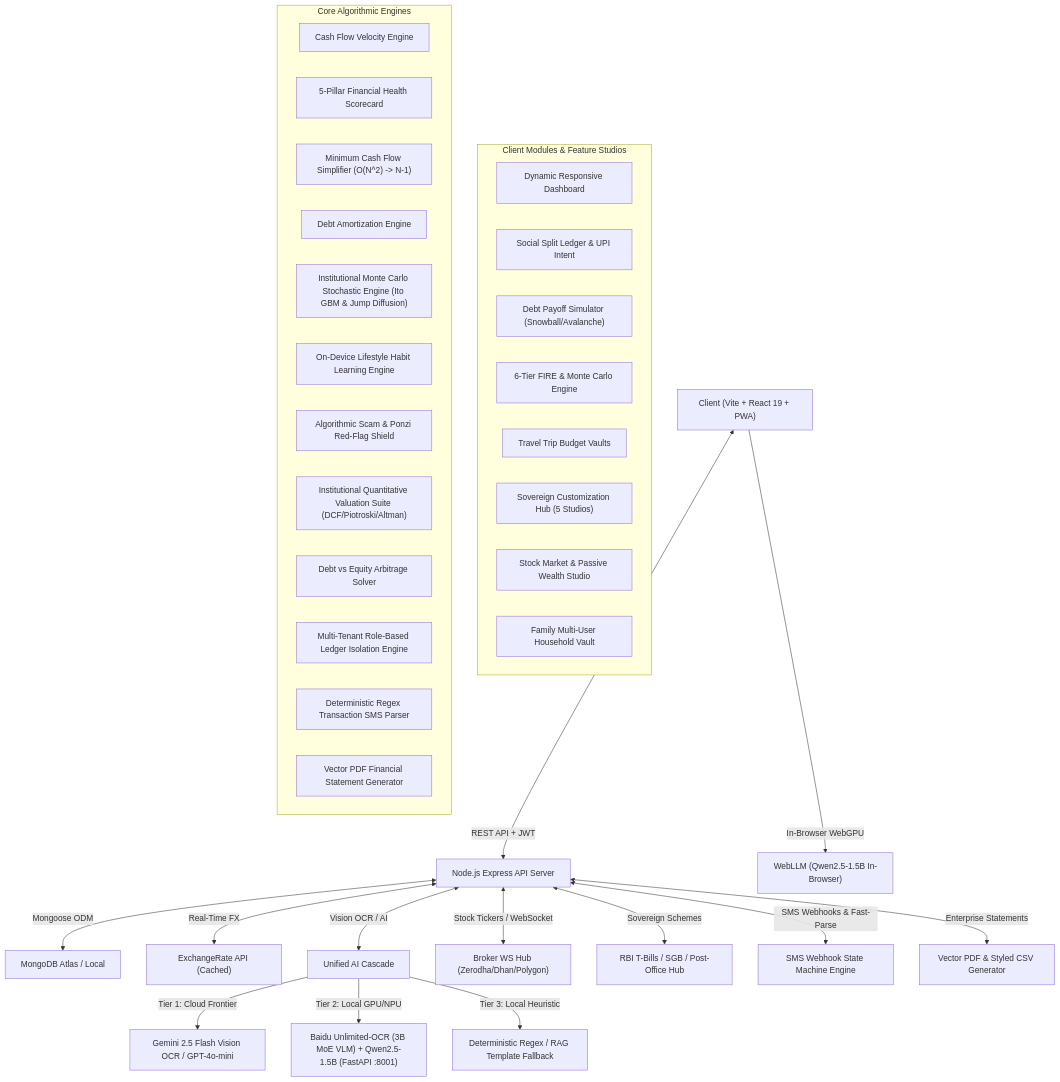
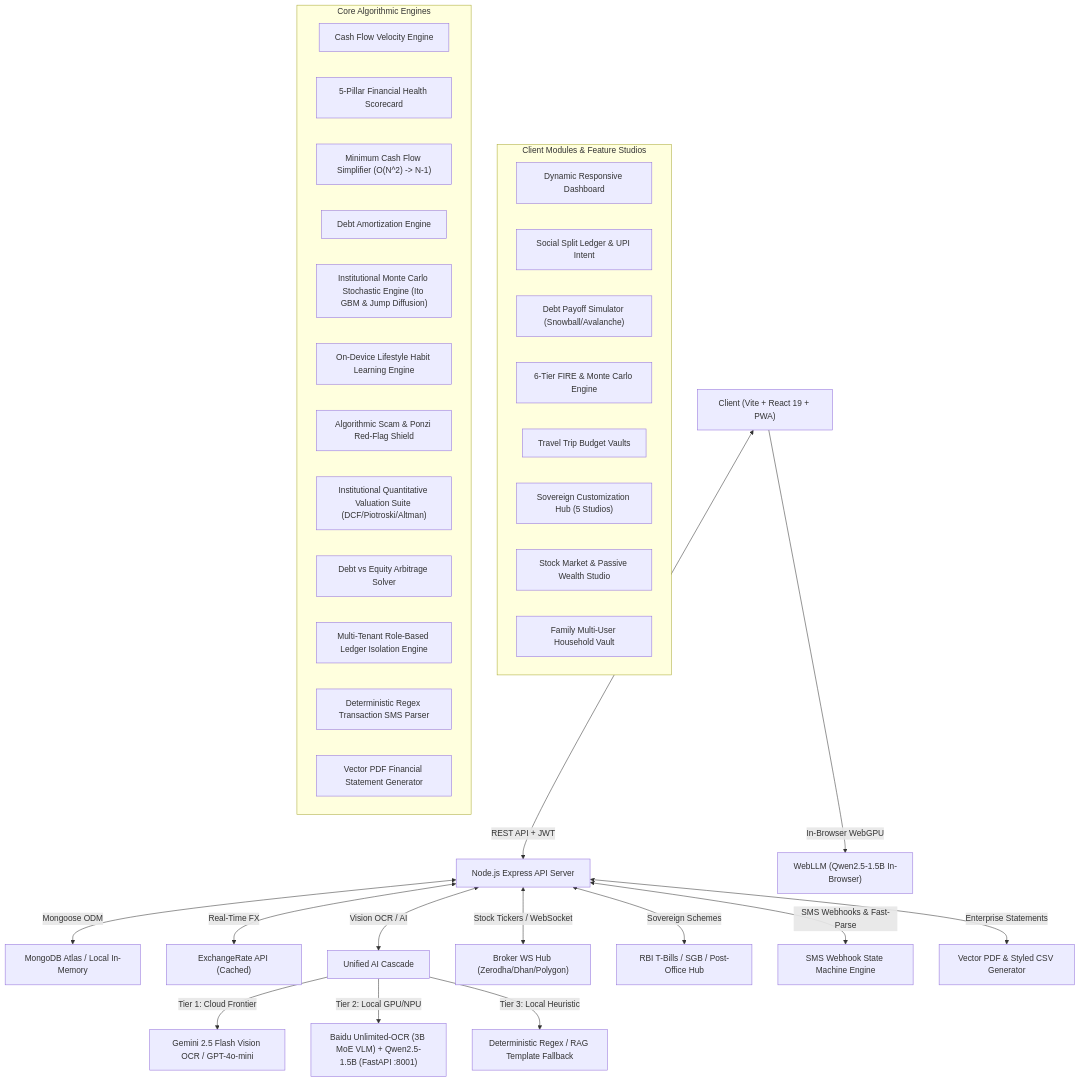
Before and after one commit to NotAnAyush/Expense-Tracker: the diagram in Documentation/00-Index.md, drawn with Mermaid. The commit also changed other lines of this file and 31 other files, not shown here.

````diff
--- a/Documentation/00-Index.md
+++ b/Documentation/00-Index.md
@@ -20,42 +20,42 @@
 ```mermaid
 graph TD
     Client["Client (Vite + React 19 + PWA)"] <-->|REST API + JWT| Server["Node.js Express API Server"]
-    Server <-->|Mongoose ODM| MongoDB["MongoDB Atlas / Local"]
+    Server <-->|Mongoose ODM| MongoDB["MongoDB Atlas / Local In-Memory"]
     Server <-->|Real-Time FX| ExchangeAPI["ExchangeRate API (Cached)"]
     Server <-->|Vision OCR / AI| UnifiedAI["Unified AI Cascade"]
     Server <-->|Stock Tickers / WebSocket| BrokerWS["Broker WS Hub (Zerodha/Dhan/Polygon)"]
     Server <-->|Sovereign Schemes| SchemeRadar["RBI T-Bills / SGB / Post-Office Hub"]
     Server <-->|SMS Webhooks & Fast-Parse| SMSParser["SMS Webhook State Machine Engine"]
     Server <-->|Enterprise Statements| ExportEngine["Vector PDF & Styled CSV Generator"]
     
     UnifiedAI -->|Tier 1: Cloud Frontier| GeminiVision["Gemini 2.5 Flash Vision OCR / GPT-4o-mini"]
     UnifiedAI -->|Tier 2: Local GPU/NPU| LocalSidecar["Baidu Unlimited-OCR (3B MoE VLM) + Qwen2.5-1.5B (FastAPI :8001)"]
     UnifiedAI -->|Tier 3: Local Heuristic| LocalHeuristic["Deterministic Regex / RAG Template Fallback"]
     Client -->|In-Browser WebGPU| WebLLM["WebLLM (Qwen2.5-1.5B In-Browser)"]
 
     subgraph ClientModules ["Client Modules & Feature Studios"]
         Dashboard["Dynamic Responsive Dashboard"]
         SplitLedger["Social Split Ledger & UPI Intent"]
         DebtSolver["Debt Payoff Simulator (Snowball/Avalanche)"]
         FireSim["6-Tier FIRE & Monte Carlo Engine"]
         TripVault["Travel Trip Budget Vaults"]
         CustomHub["Sovereign Customization Hub (5 Studios)"]
         MarketStudio["Stock Market & Passive Wealth Studio"]
         FamilyStudio["Family Multi-User Household Vault"]
     end
 
     subgraph ServerEngines ["Core Algorithmic Engines"]
         CashFlow["Cash Flow Velocity Engine"]
         HealthScore["5-Pillar Financial Health Scorecard"]
         DebtEngine["Minimum Cash Flow Simplifier (O(N^2) -> N-1)"]
         Amortization["Debt Amortization Engine"]
         MonteCarloEngine["Institutional Monte Carlo Stochastic Engine (Ito GBM & Jump Diffusion)"]
         LifestyleHabit["On-Device Lifestyle Habit Learning Engine"]
         ScamShield["Algorithmic Scam & Ponzi Red-Flag Shield"]
         QuantitativeVal["Institutional Quantitative Valuation Suite (DCF/Piotroski/Altman)"]
         ArbitrageEngine["Debt vs Equity Arbitrage Solver"]
         FamilyVaultEngine["Multi-Tenant Role-Based Ledger Isolation Engine"]
         SMSStateEngine["Deterministic Regex Transaction SMS Parser"]
         ReportExportEngine["Vector PDF Financial Statement Generator"]
     end
 ```
````
